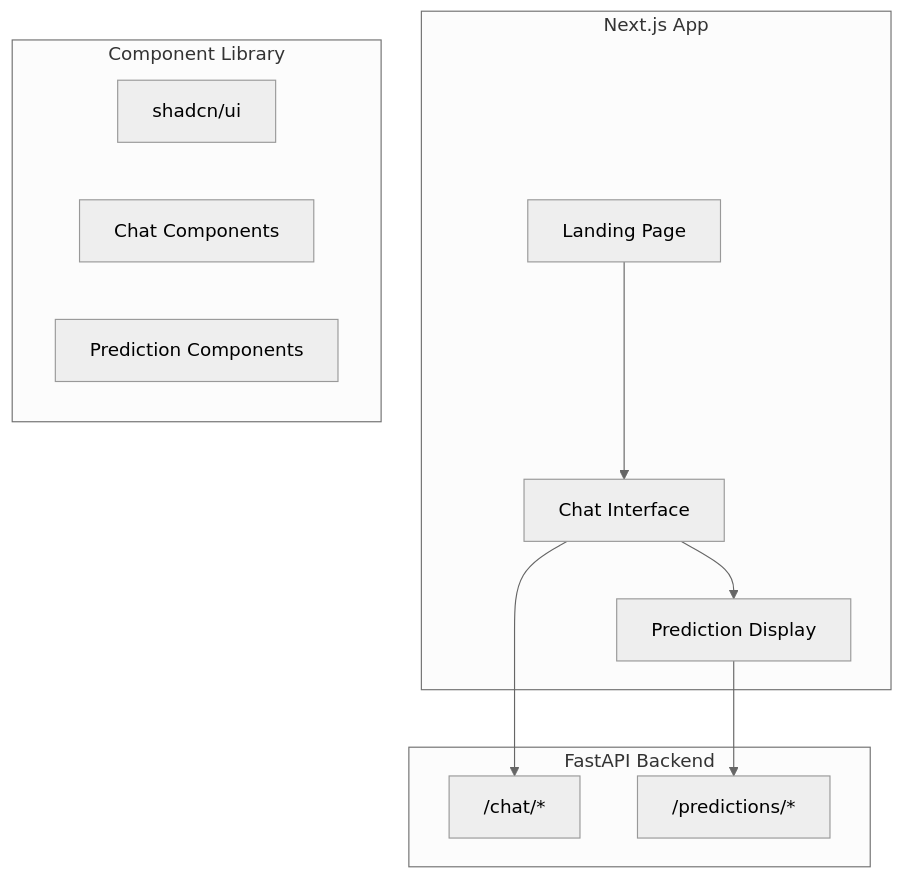
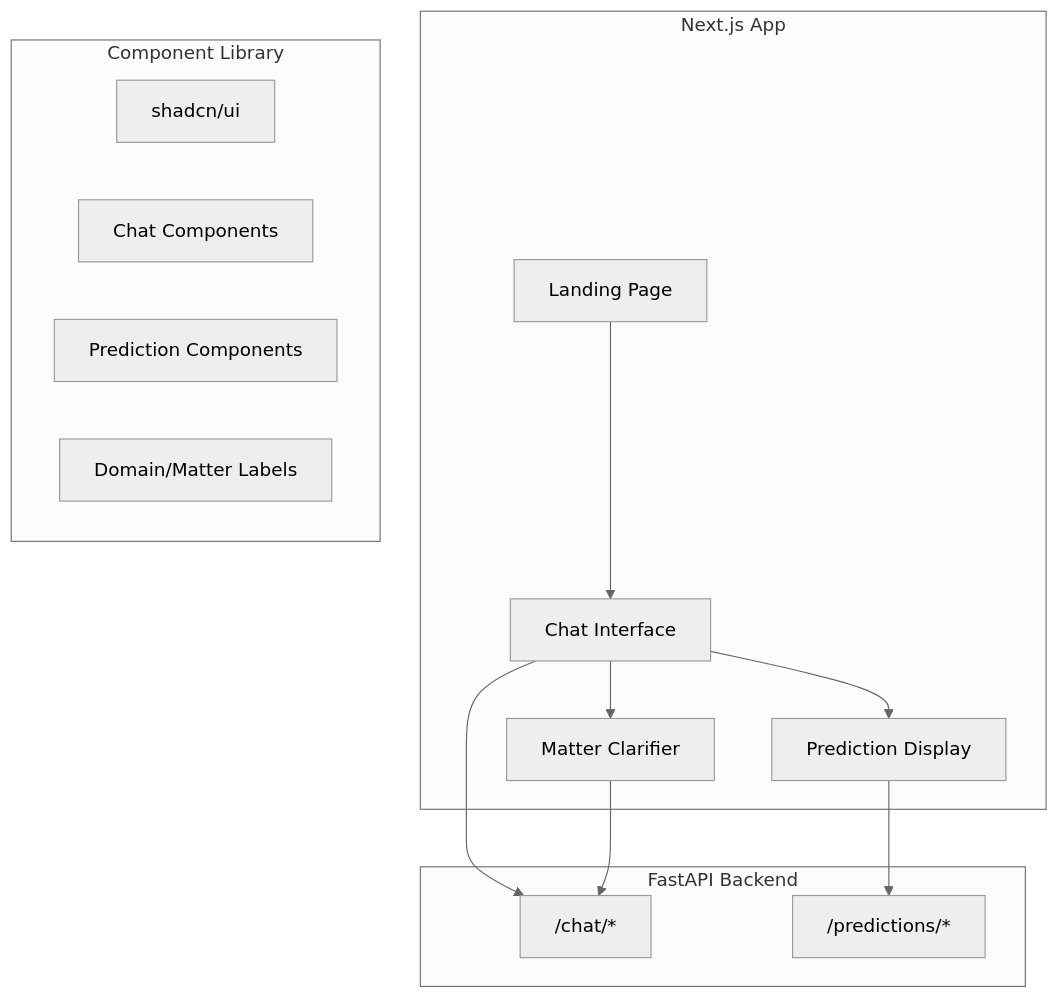
The diagram in apps/web/README.md (MSH4R1F/proposer), drawn with Mermaid (neutral theme) before and after one commit. The commit also changed other lines of this file and 9 other files, not shown here.

````diff
--- a/apps/web/README.md
+++ b/apps/web/README.md
@@ -14,21 +16,24 @@
 ```mermaid
 flowchart TB
     subgraph Frontend["Next.js App"]
         Landing[Landing Page] --> Chat[Chat Interface]
+        Chat --> Clarifier[Matter Clarifier]
         Chat --> Prediction[Prediction Display]
     end
 
     subgraph Components["Component Library"]
         UI[shadcn/ui]
         ChatComp[Chat Components]
         PredComp[Prediction Components]
+        DomainComp[Domain/Matter Labels]
     end
 
     subgraph API["FastAPI Backend"]
         ChatAPI["/chat/*"]
         PredAPI["/predictions/*"]
     end
 
     Chat --> ChatAPI
+    Clarifier --> ChatAPI
     Prediction --> PredAPI
 ```
````
